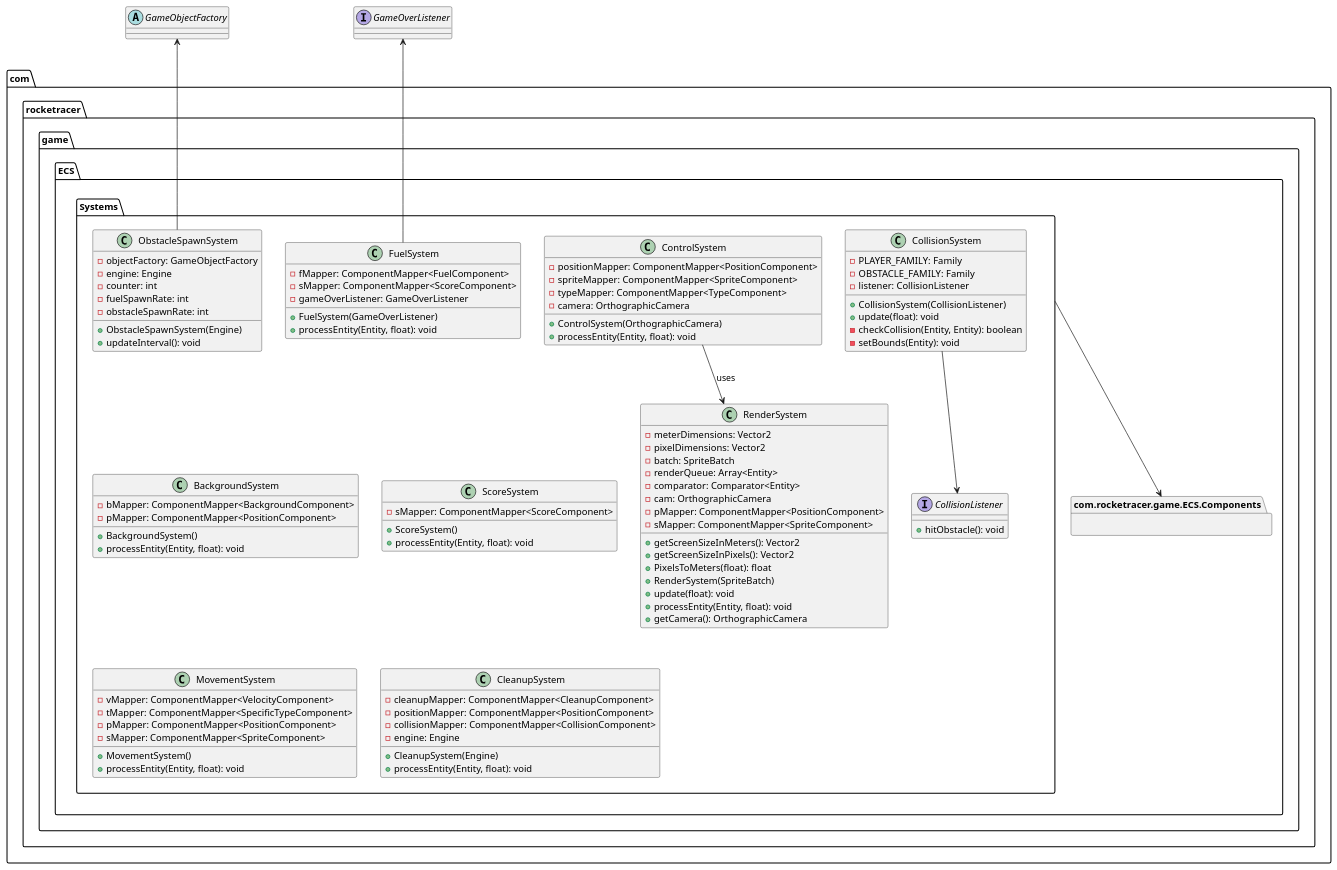
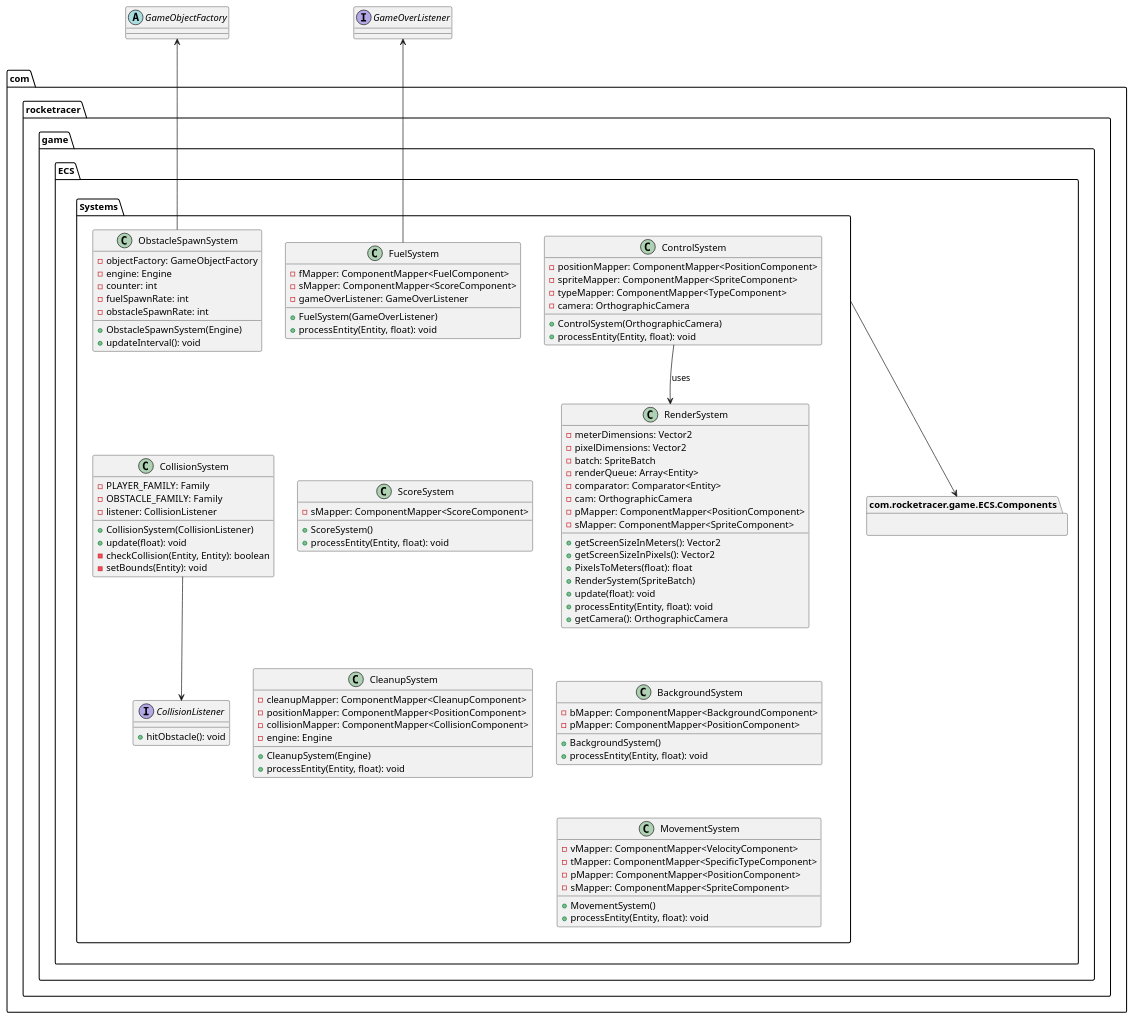
The diagram in documentation/com/rocketracer/game/ECS/System/System.plantuml (erik-tt/Rocket-Racer), drawn with PlantUML before and after one commit. The commit also changed 2 other files, not shown here.

```diff
--- a/documentation/com/rocketracer/game/ECS/System/System.plantuml
+++ b/documentation/com/rocketracer/game/ECS/System/System.plantuml
@@ -1,109 +1,110 @@
 @startuml
 
 package "com.rocketracer.game.ECS.Systems" {
     class BackgroundSystem {
         -bMapper: ComponentMapper<BackgroundComponent>
         -pMapper: ComponentMapper<PositionComponent>
         +BackgroundSystem()
         +processEntity(Entity, float): void
     }
     
     class CleanupSystem {
         -cleanupMapper: ComponentMapper<CleanupComponent>
         -positionMapper: ComponentMapper<PositionComponent>
         -collisionMapper: ComponentMapper<CollisionComponent>
         -engine: Engine
         +CleanupSystem(Engine)
         +processEntity(Entity, float): void
     }
     
     class CollisionSystem {
         -PLAYER_FAMILY: Family
         -OBSTACLE_FAMILY: Family
         -listener: CollisionListener
         +CollisionSystem(CollisionListener)
         +update(float): void
         -checkCollision(Entity, Entity): boolean
         -setBounds(Entity): void
     }
     
     class ControlSystem {
         -positionMapper: ComponentMapper<PositionComponent>
         -spriteMapper: ComponentMapper<SpriteComponent>
         -typeMapper: ComponentMapper<TypeComponent>
         -camera: OrthographicCamera
         +ControlSystem(OrthographicCamera)
         +processEntity(Entity, float): void
     }
     
     class FuelSystem {
         -fMapper: ComponentMapper<FuelComponent>
         -sMapper: ComponentMapper<ScoreComponent>
         -gameOverListener: GameOverListener
         +FuelSystem(GameOverListener)
         +processEntity(Entity, float): void
     }
     
     class MovementSystem {
         -vMapper: ComponentMapper<VelocityComponent>
         -tMapper: ComponentMapper<SpecificTypeComponent>
         -pMapper: ComponentMapper<PositionComponent>
         -sMapper: ComponentMapper<SpriteComponent>
         +MovementSystem()
         +processEntity(Entity, float): void
     }
 
     class ObstacleSpawnSystem {
         -objectFactory: GameObjectFactory
         -engine: Engine
         -counter: int
         -fuelSpawnRate: int
         -obstacleSpawnRate: int
         +ObstacleSpawnSystem(Engine)
         +updateInterval(): void
     }
 
     class RenderSystem {
         -meterDimensions: Vector2
         -pixelDimensions: Vector2
         -batch: SpriteBatch
         -renderQueue: Array<Entity>
         -comparator: Comparator<Entity>
         -cam: OrthographicCamera
         -pMapper: ComponentMapper<PositionComponent>
         -sMapper: ComponentMapper<SpriteComponent>
         +getScreenSizeInMeters(): Vector2
         +getScreenSizeInPixels(): Vector2
         +PixelsToMeters(float): float
         +RenderSystem(SpriteBatch)
         +update(float): void
         +processEntity(Entity, float): void
         +getCamera(): OrthographicCamera
     }
 
     class ScoreSystem {
         -sMapper: ComponentMapper<ScoreComponent>
         +ScoreSystem()
         +processEntity(Entity, float): void
     }
 
     interface CollisionListener {
         +hitObstacle(): void
     }
 }
 package com.rocketracer.game.ECS.Components {}
 interface GameOverListener {}
 abstract GameObjectFactory {}
 
+ObstacleSpawnSystem -[hidden]down-> CollisionSystem
 BackgroundSystem -[hidden]down-> MovementSystem
 ScoreSystem -[hidden]down-> CleanupSystem
 FuelSystem -[hidden]down-> ScoreSystem
-ObstacleSpawnSystem -[hidden]down-> BackgroundSystem
+RenderSystem -[hidden]down-> BackgroundSystem
 
 CollisionSystem -down-> CollisionListener
 ControlSystem -down-> RenderSystem: uses
 FuelSystem -up-> GameOverListener
 ObstacleSpawnSystem -up-> GameObjectFactory
 com.rocketracer.game.ECS.Systems --> com.rocketracer.game.ECS.Components
 
 @enduml
```
